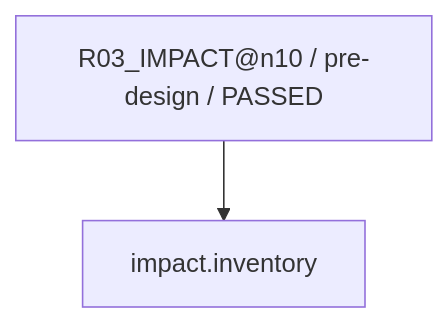
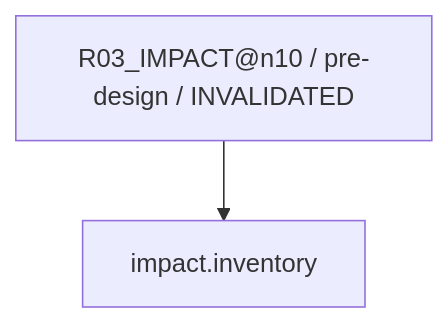
Diagram 14 of 30 in work/items/W-MATH-034-n09-n10-guided-design/generated/CAPABILITY_FIRE_DIAGRAM.md (rrikunagasige-dot/kyotsu-step-web), drawn with Mermaid before and after one commit. The commit also changed other lines of this file and 266 other files, not shown here.

````diff
--- a/work/items/W-MATH-034-n09-n10-guided-design/generated/CAPABILITY_FIRE_DIAGRAM.md
+++ b/work/items/W-MATH-034-n09-n10-guided-design/generated/CAPABILITY_FIRE_DIAGRAM.md
@@ -226,6 +226,6 @@
 ```mermaid
 flowchart TD
-  N0["R03_IMPACT@n10 / pre-design / PASSED"]
+  N0["R03_IMPACT@n10 / pre-design / INVALIDATED"]
   N1["impact.inventory"]
   N0 --> N1
 ```
````
